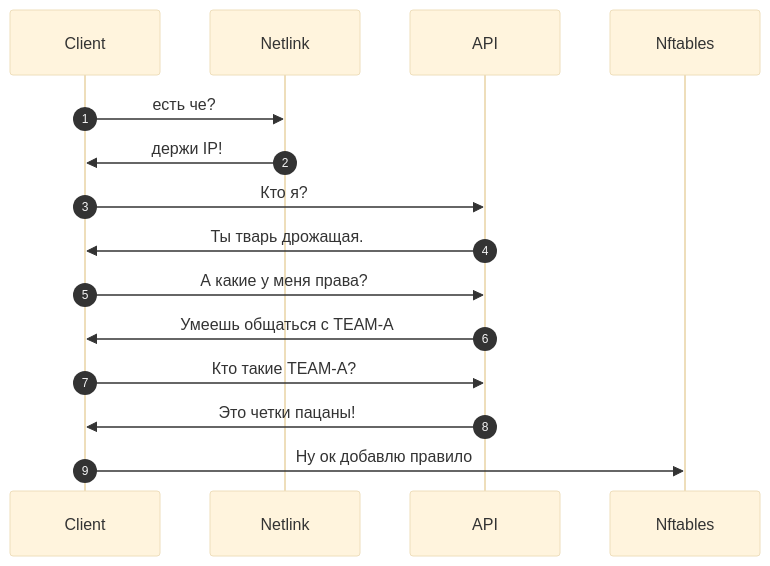
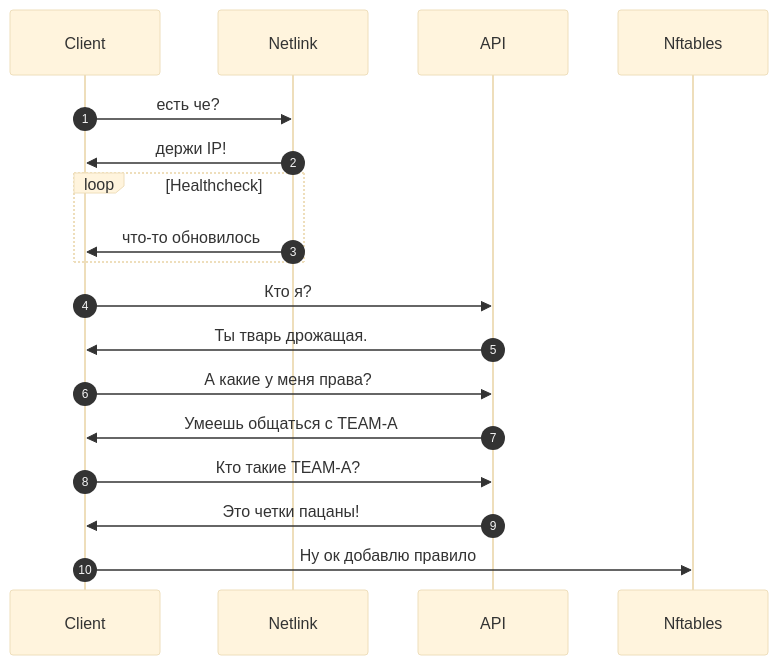
Before and after one commit to fraima/fraimHBF: the diagram in docs/introduction.md, drawn with Mermaid (base theme). The commit also changed 1 other file, not shown here.

Commit message:
[main] добавляет ci

````diff
--- a/docs/introduction.md
+++ b/docs/introduction.md
@@ -113,15 +113,18 @@
 ``` mermaid
 sequenceDiagram
-  autonumber
-  Client->>Netlink: есть че?
-  Netlink->>Client: держи IP!
-  Client->>API: Кто я?
-  API->>Client: Ты тварь дрожащая.
-  Client->>API: А какие у меня права?
-  API->>Client: Умеешь общаться с  TEAM-A
-  Client->>API: Кто такие TEAM-A?
-  API->>Client: Это четки пацаны!
-  Client->>Nftables: Ну ок добавлю правило
+    autonumber
+    Client->>Netlink: есть че?
+    Netlink->>Client: держи IP!
+    loop Healthcheck
+        Netlink->>Client: что-то обновилось
+    end
+    Client->>API: Кто я?
+    API->>Client: Ты тварь дрожащая.
+    Client->>API: А какие у меня права?
+    API->>Client: Умеешь общаться с  TEAM-A
+    Client->>API: Кто такие TEAM-A?
+    API->>Client: Это четки пацаны!
+    Client->>Nftables: Ну ок добавлю правило
 
 
 ```
````
